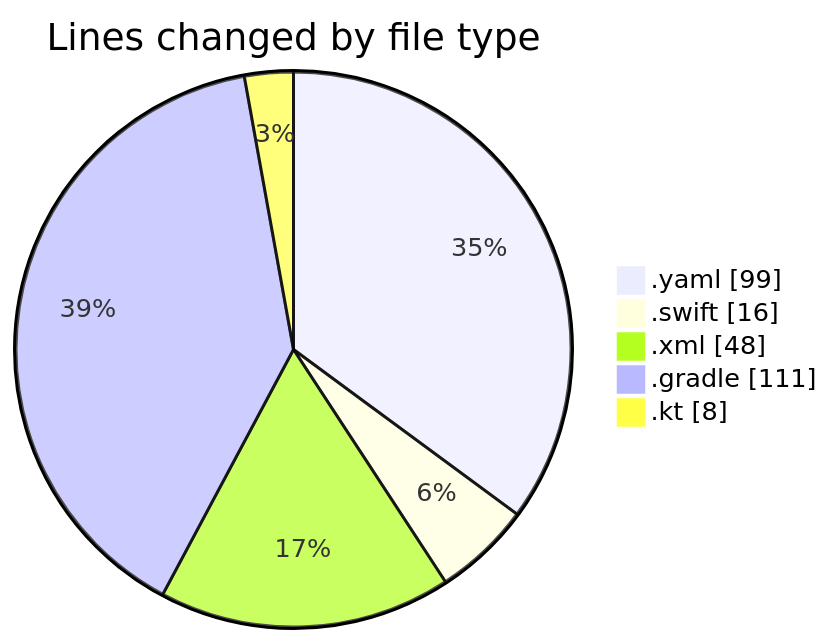
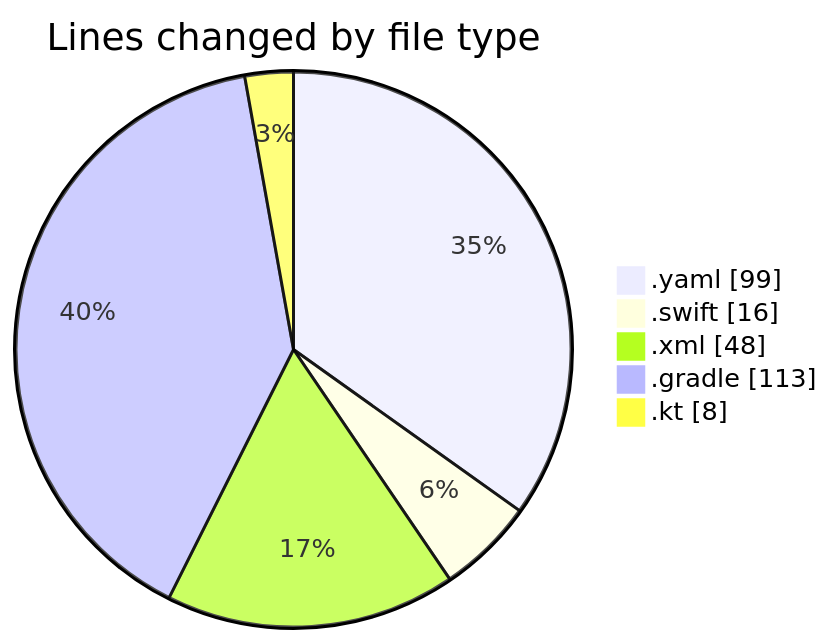
The first of 2 diagrams in 2025-02-16/uber_clone_v1/README.md (donsfak/code-tracking), drawn with Mermaid before and after one commit. The commit also changed other lines of this file and 1 other file, not shown here.

````diff
--- a/2025-02-16/uber_clone_v1/README.md
+++ b/2025-02-16/uber_clone_v1/README.md
@@ -26,9 +26,9 @@
 ```mermaid
 pie showData
 title Lines changed by file type
 ".yaml" : 99
 ".swift" : 16
 ".xml" : 48
-".gradle" : 111
+".gradle" : 113
 ".kt" : 8
 ```
````
